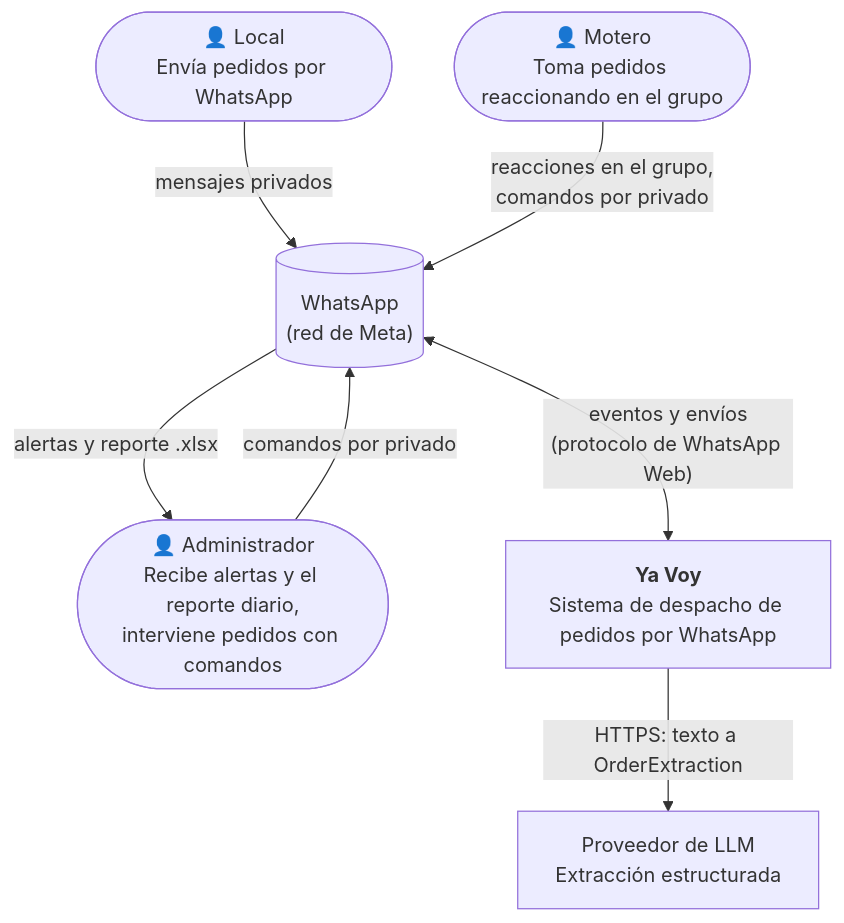
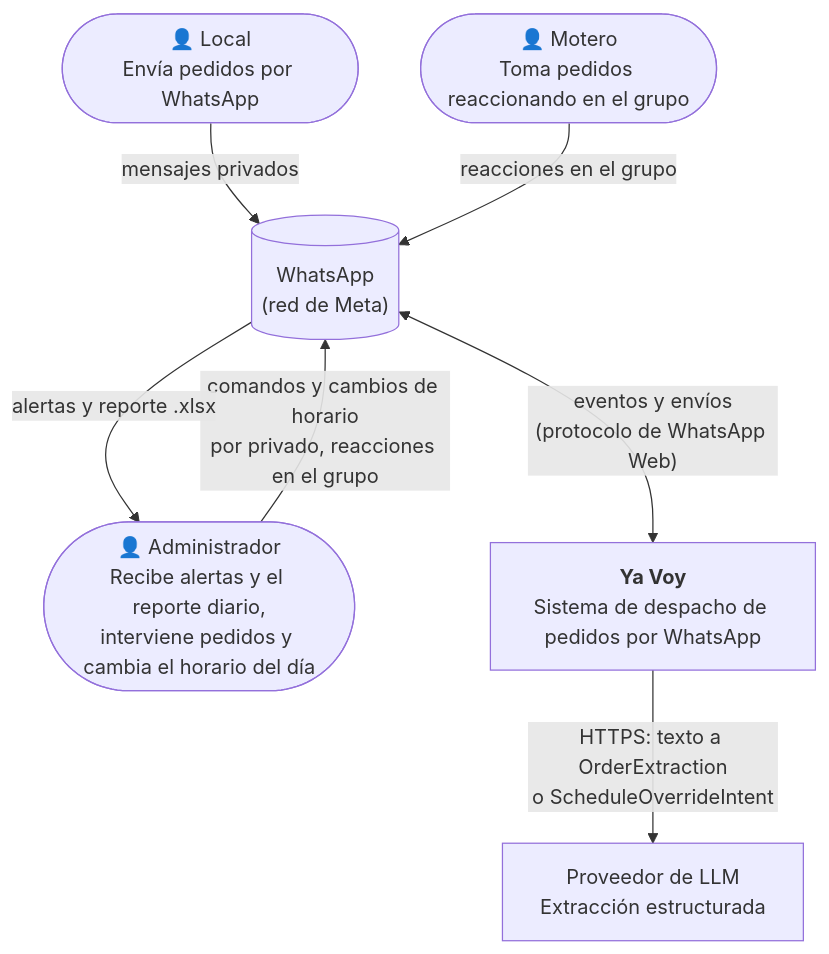
The first of 2 diagrams in docs/06-arquitectura.md (KevOrtega/ya-voy-automation-whatsapp), drawn with Mermaid before and after one commit. The commit also changed other lines of this file and 8 other files, not shown here.

Commit message:
docs: drop delivery tracking, gate daily report on pending orders, add admin schedule overrides

````diff
--- a/docs/06-arquitectura.md
+++ b/docs/06-arquitectura.md
@@ -5,18 +5,18 @@
 ```mermaid
 flowchart TB
     store(["👤 Local<br/>Envía pedidos por WhatsApp"])
     courier(["👤 Motero<br/>Toma pedidos reaccionando en el grupo"])
-    admin(["👤 Administrador<br/>Recibe alertas y el reporte diario,<br/>interviene pedidos con comandos"])
+    admin(["👤 Administrador<br/>Recibe alertas y el reporte diario,<br/>interviene pedidos y cambia el horario del día"])
 
     yavoy["<b>Ya Voy</b><br/>Sistema de despacho de pedidos por WhatsApp"]
 
     wa[("WhatsApp<br/>(red de Meta)")]
     llm["Proveedor de LLM<br/>Extracción estructurada"]
 
     store -- "mensajes privados" --> wa
-    courier -- "reacciones en el grupo,<br/>comandos por privado" --> wa
-    admin -- "comandos por privado" --> wa
+    courier -- "reacciones en el grupo" --> wa
+    admin -- "comandos y cambios de horario<br/>por privado, reacciones en el grupo" --> wa
     wa <-- "eventos y envíos<br/>(protocolo de WhatsApp Web)" --> yavoy
-    yavoy -- "HTTPS: texto a OrderExtraction" --> llm
+    yavoy -- "HTTPS: texto a OrderExtraction<br/>o ScheduleOverrideIntent" --> llm
     wa -- "alertas y reporte .xlsx" --> admin
 ```
````
